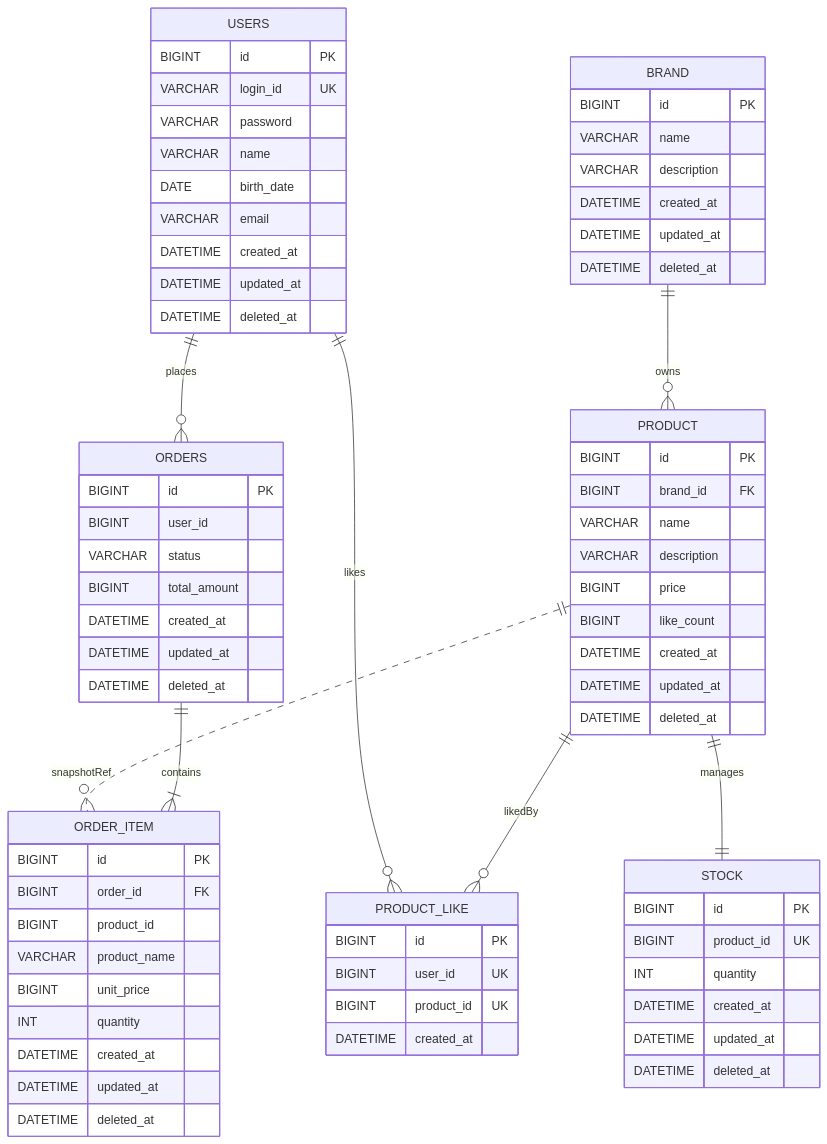
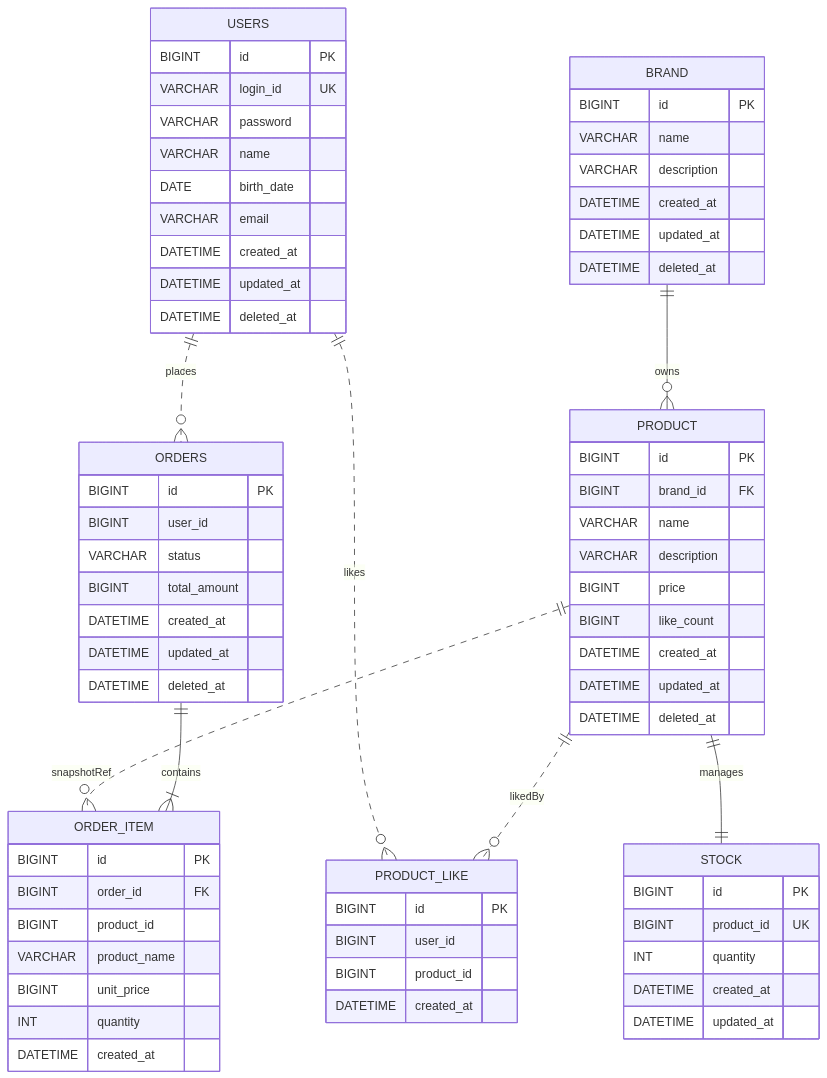
One commit to loopers-labs/loop-pack-be-l2-vol4-java changed the diagram in .docs/design/04-erd.md. Above: the diagram before and after it, drawn with Mermaid. The commit also changed other lines of this file and 3 other files, not shown here.

First line of the commit message:
docs: 2주차 설계 문서 정리 — 스코프 축소 및 다이어그램 정합

````diff
--- a/.docs/design/04-erd.md
+++ b/.docs/design/04-erd.md
@@ -3,81 +6,81 @@
 ```mermaid
 erDiagram
-    USERS ||--o{ ORDERS : places
-    USERS ||--o{ PRODUCT_LIKE : likes
+    %% Cross-context / 스냅샷 (FK 미강제 논리 참조)
+    USERS ||..o{ ORDERS : places
+    USERS ||..o{ PRODUCT_LIKE : likes
+    PRODUCT ||..o{ PRODUCT_LIKE : likedBy
+    PRODUCT ||..o{ ORDER_ITEM : snapshotRef
+
+    %% Same-context / Aggregate-internal (FK 강제)
     BRAND ||--o{ PRODUCT : owns
     PRODUCT ||--|| STOCK : manages
-    PRODUCT ||--o{ PRODUCT_LIKE : likedBy
-    PRODUCT ||..o{ ORDER_ITEM : snapshotRef
     ORDERS ||--|{ ORDER_ITEM : contains
 
     USERS {
         BIGINT id PK
         VARCHAR login_id UK
         VARCHAR password
         VARCHAR name
         DATE birth_date
         VARCHAR email
         DATETIME created_at
         DATETIME updated_at
         DATETIME deleted_at
     }
 
     BRAND {
         BIGINT id PK
         VARCHAR name
         VARCHAR description
         DATETIME created_at
         DATETIME updated_at
         DATETIME deleted_at
     }
 
     PRODUCT {
         BIGINT id PK
         BIGINT brand_id FK
         VARCHAR name
         VARCHAR description
         BIGINT price
         BIGINT like_count
         DATETIME created_at
         DATETIME updated_at
         DATETIME deleted_at
     }
 
     STOCK {
         BIGINT id PK
         BIGINT product_id UK
         INT quantity
         DATETIME created_at
         DATETIME updated_at
-        DATETIME deleted_at
     }
 
     PRODUCT_LIKE {
         BIGINT id PK
-        BIGINT user_id UK
-        BIGINT product_id UK
+        BIGINT user_id
+        BIGINT product_id
         DATETIME created_at
     }
 
     ORDERS {
         BIGINT id PK
         BIGINT user_id
         VARCHAR status
         BIGINT total_amount
         DATETIME created_at
         DATETIME updated_at
         DATETIME deleted_at
     }
 
     ORDER_ITEM {
         BIGINT id PK
         BIGINT order_id FK
         BIGINT product_id
         VARCHAR product_name
         BIGINT unit_price
         INT quantity
         DATETIME created_at
-        DATETIME updated_at
-        DATETIME deleted_at
     }
 ```
````
